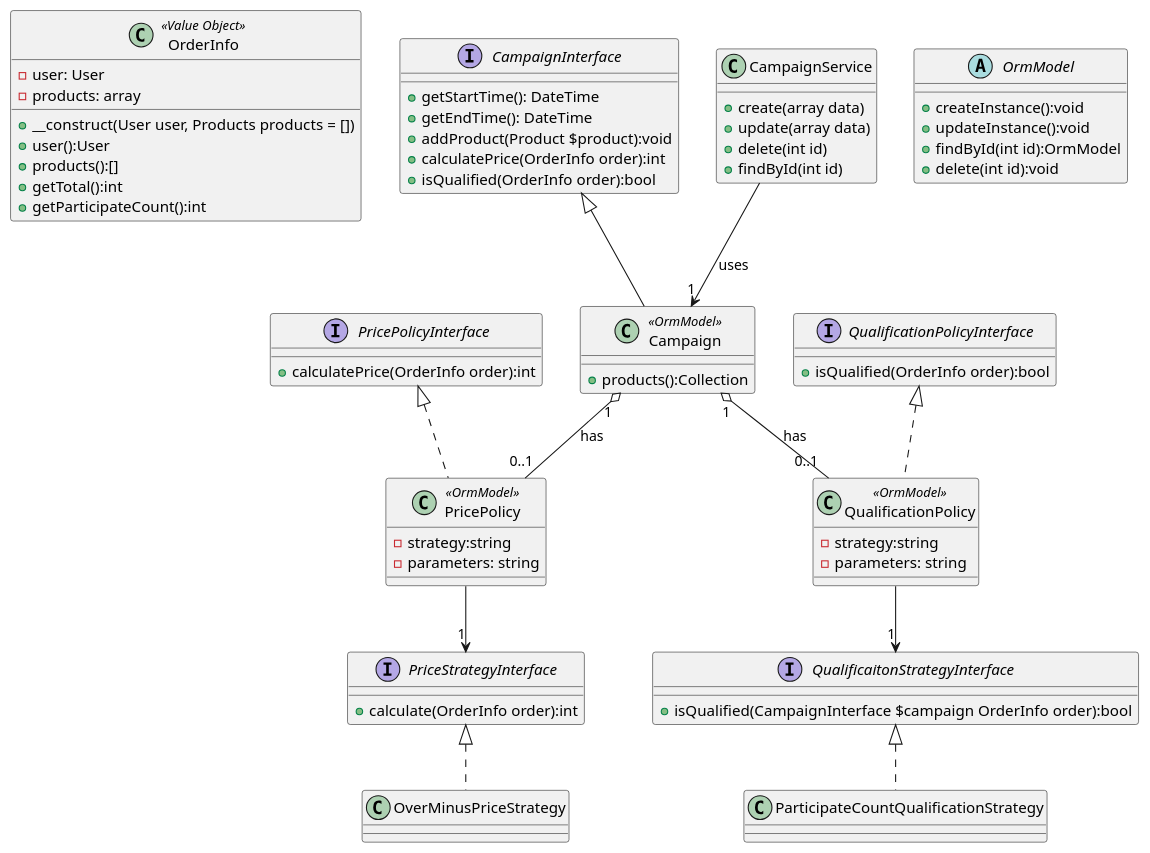
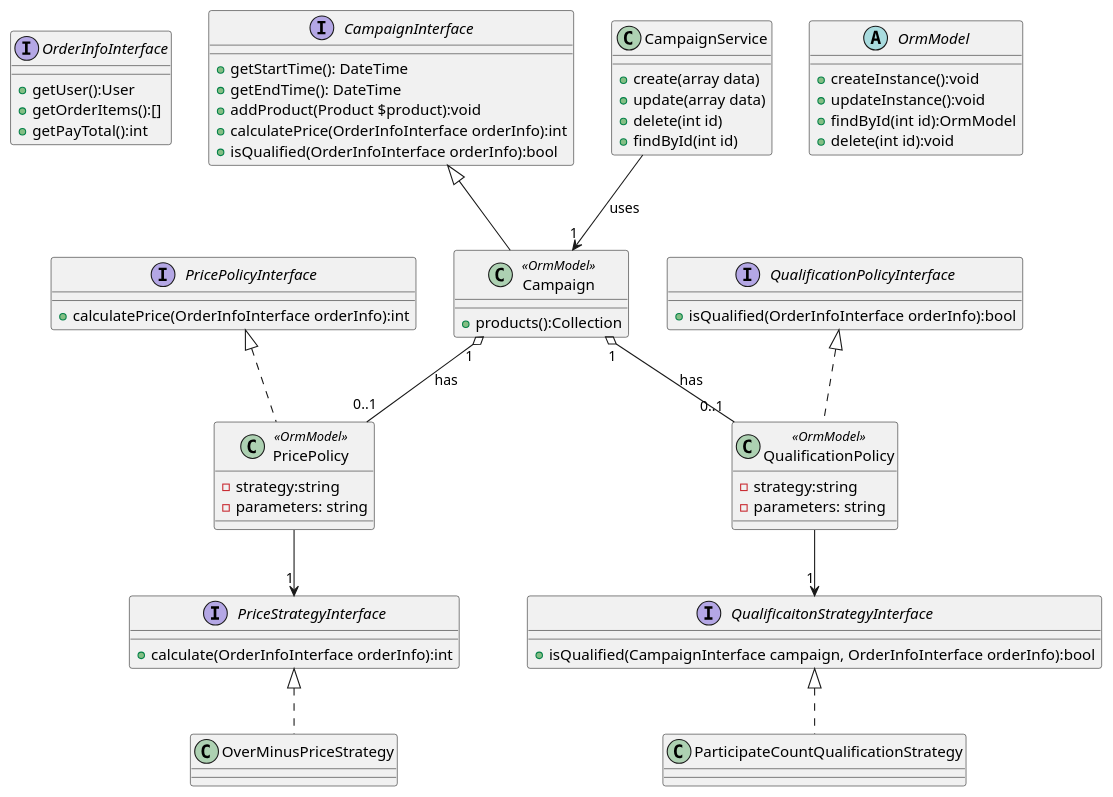
The first of 2 diagrams in docs/Campaign.wsd (rockysynergy/laravel-yacommerce), drawn with PlantUML before and after one commit. The commit also changed other lines of this file and 7 other files, not shown here.

```diff
--- a/docs/Campaign.wsd
+++ b/docs/Campaign.wsd
@@ -1,70 +1,66 @@
 @startuml campaign-class
-Class OrderInfo <<Value Object>> {
-    -user: User
-    -products: array
-    +__construct(User user, Products products = [])
-    +user():User
-    +products():[]
-    +getTotal():int
-    +getParticipateCount():int
+Interface OrderInfoInterface {
+    +getUser():User
+    +getOrderItems():[]
+    +getPayTotal():int
 }
 interface CampaignInterface {
     +getStartTime(): DateTime
     +getEndTime(): DateTime
     +addProduct(Product $product):void
-    +calculatePrice(OrderInfo order):int
-    +isQualified(OrderInfo order):bool
+    +calculatePrice(OrderInfoInterface orderInfo):int
+    +isQualified(OrderInfoInterface orderInfo):bool
 }
 interface PricePolicyInterface {
-    +calculatePrice(OrderInfo order):int
+    +calculatePrice(OrderInfoInterface orderInfo):int
 }
 interface PriceStrategyInterface {
-    +calculate(OrderInfo order):int
+    +calculate(OrderInfoInterface orderInfo):int
 }
 interface QualificationPolicyInterface {
-    +isQualified(OrderInfo order):bool
+    +isQualified(OrderInfoInterface orderInfo):bool
 }
 interface QualificaitonStrategyInterface {
-    +isQualified(CampaignInterface $campaign OrderInfo order):bool
+    +isQualified(CampaignInterface campaign, OrderInfoInterface orderInfo):bool
 }
 
 abstract OrmModel {
     +createInstance():void
     +updateInstance():void
     +findById(int id):OrmModel
     +delete(int id):void
 }
 
 class Campaign <<OrmModel>> {
     +products():Collection
 }
 class PricePolicy <<OrmModel>> {
     -strategy:string
     -parameters: string
 }
 class OverMinusPriceStrategy
 class QualificationPolicy <<OrmModel>> {
     -strategy:string
     -parameters: string
 }
 class ParticipateCountQualificationStrategy
 class CampaignService {
     +create(array data)
     +update(array data)
     +delete(int id)
     +findById(int id)
 }
 
 
 PricePolicyInterface <|.. PricePolicy
 PriceStrategyInterface <|.. OverMinusPriceStrategy
 QualificationPolicyInterface <|.. QualificationPolicy
 QualificaitonStrategyInterface <|.. ParticipateCountQualificationStrategy
 CampaignInterface <|-- Campaign
 
 Campaign "1" o-- "0..1" PricePolicy : has
 Campaign "1" o-- "0..1" QualificationPolicy : has
 PricePolicy --> "1" PriceStrategyInterface
 QualificationPolicy --> "1" QualificaitonStrategyInterface
 CampaignService --> "1" Campaign : uses
 @enduml
```
